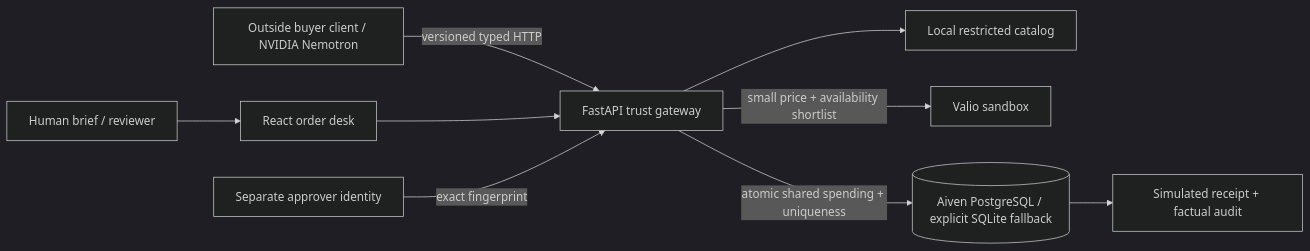
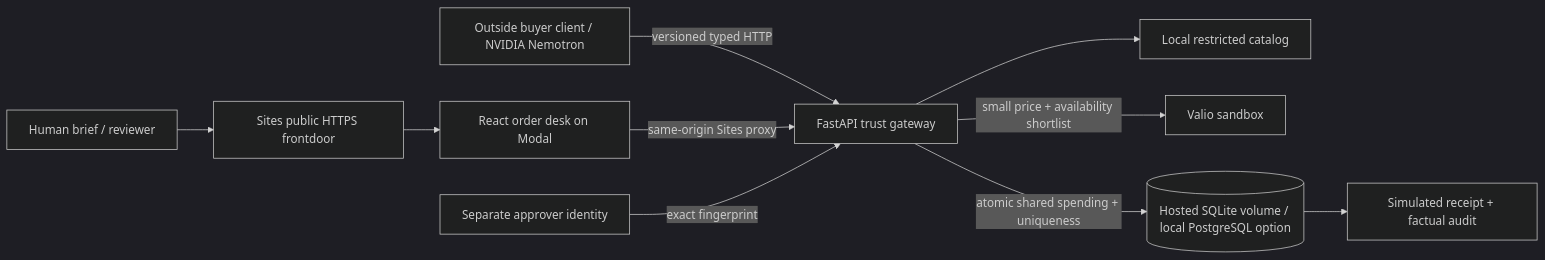
The diagram in README.md (abbasovhasan/Valio_Aiomo_AI), drawn with Mermaid (dark theme) before and after one commit. The commit also changed other lines of this file and 38 other files, not shown here.

````diff
--- a/README.md
+++ b/README.md
@@ -44,11 +52,12 @@
 ```mermaid
 flowchart LR
-  Chef[Human brief / reviewer] --> UI[React order desk]
+  Chef[Human brief / reviewer] --> Site[Sites public HTTPS frontdoor]
+  Site --> UI[React order desk on Modal]
   Agent[Outside buyer client / NVIDIA Nemotron] -->|versioned typed HTTP| API[FastAPI trust gateway]
-  UI --> API
+  UI -->|same-origin Sites proxy| API
   API --> Catalog[Local restricted catalog]
   API -->|small price + availability shortlist| Valio[Valio sandbox]
   Approver[Separate approver identity] -->|exact fingerprint| API
-  API -->|atomic shared spending + uniqueness| DB[(Aiven PostgreSQL / explicit SQLite fallback)]
+  API -->|atomic shared spending + uniqueness| DB[(Hosted SQLite volume / local PostgreSQL option)]
   DB --> Receipt[Simulated receipt + factual audit]
 ```
````
